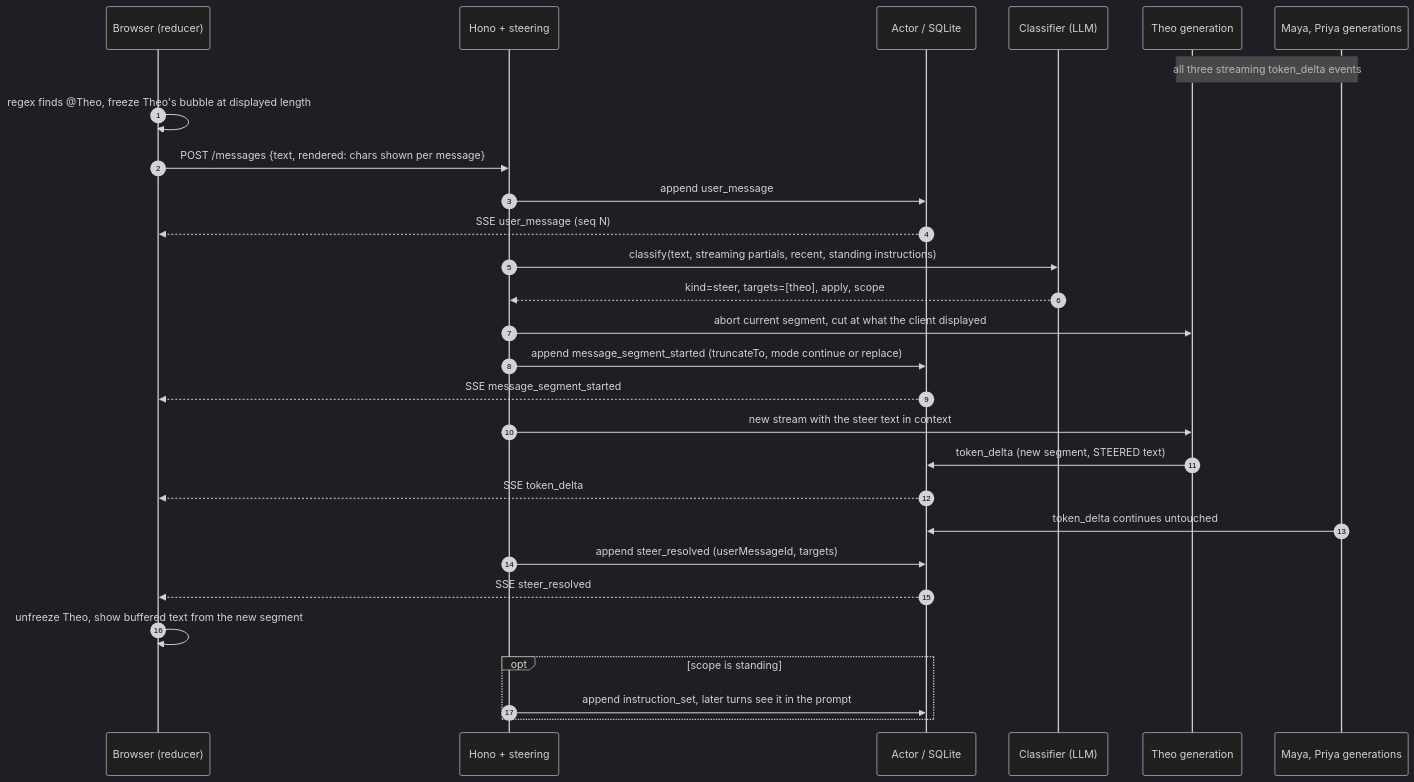
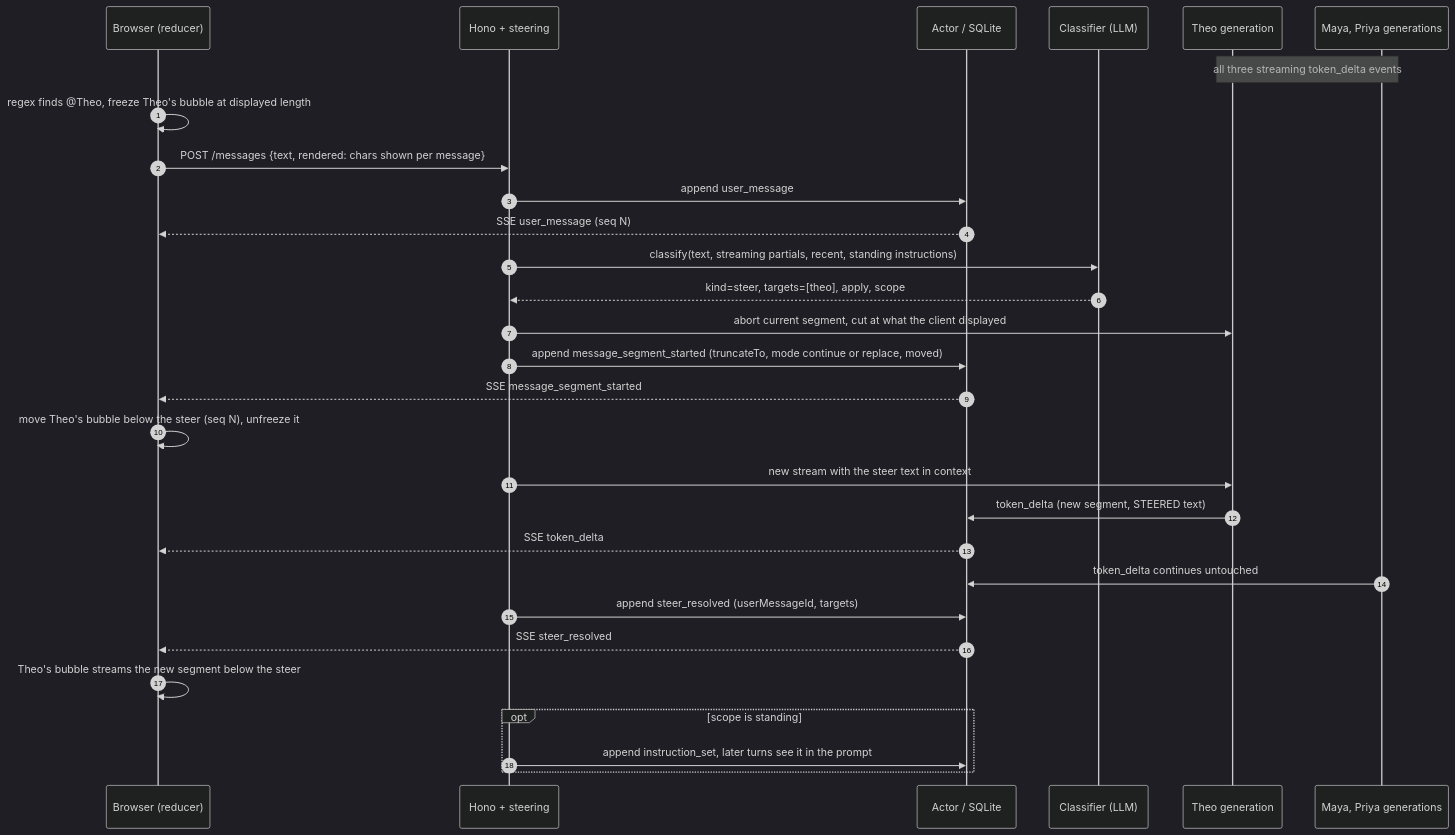
The second of 2 diagrams in docs/architecture.md (charliegillet/lumen), drawn with Mermaid (dark theme) before and after one commit. The commit also changed other lines of this file and 5 other files, not shown here.

````diff
--- a/docs/architecture.md
+++ b/docs/architecture.md
@@ -60,31 +61,32 @@
 ```mermaid
 sequenceDiagram
   autonumber
   participant B as Browser (reducer)
   participant H as Hono + steering
   participant A as Actor / SQLite
   participant C as Classifier (LLM)
   participant T as Theo generation
   participant M as Maya, Priya generations
 
   Note over M,T: all three streaming token_delta events
   B->>B: regex finds @Theo, freeze Theo's bubble at displayed length
   B->>H: POST /messages {text, rendered: chars shown per message}
   H->>A: append user_message
   A-->>B: SSE user_message (seq N)
   H->>C: classify(text, streaming partials, recent, standing instructions)
   C-->>H: kind=steer, targets=[theo], apply, scope
   H->>T: abort current segment, cut at what the client displayed
-  H->>A: append message_segment_started (truncateTo, mode continue or replace)
+  H->>A: append message_segment_started (truncateTo, mode continue or replace, moved)
   A-->>B: SSE message_segment_started
+  B->>B: move Theo's bubble below the steer (seq N), unfreeze it
   H->>T: new stream with the steer text in context
   T->>A: token_delta (new segment, STEERED text)
   A-->>B: SSE token_delta
   M->>A: token_delta continues untouched
   H->>A: append steer_resolved (userMessageId, targets)
   A-->>B: SSE steer_resolved
-  B->>B: unfreeze Theo, show buffered text from the new segment
+  B->>B: Theo's bubble streams the new segment below the steer
   opt scope is standing
     H->>A: append instruction_set, later turns see it in the prompt
   end
 ```
````
